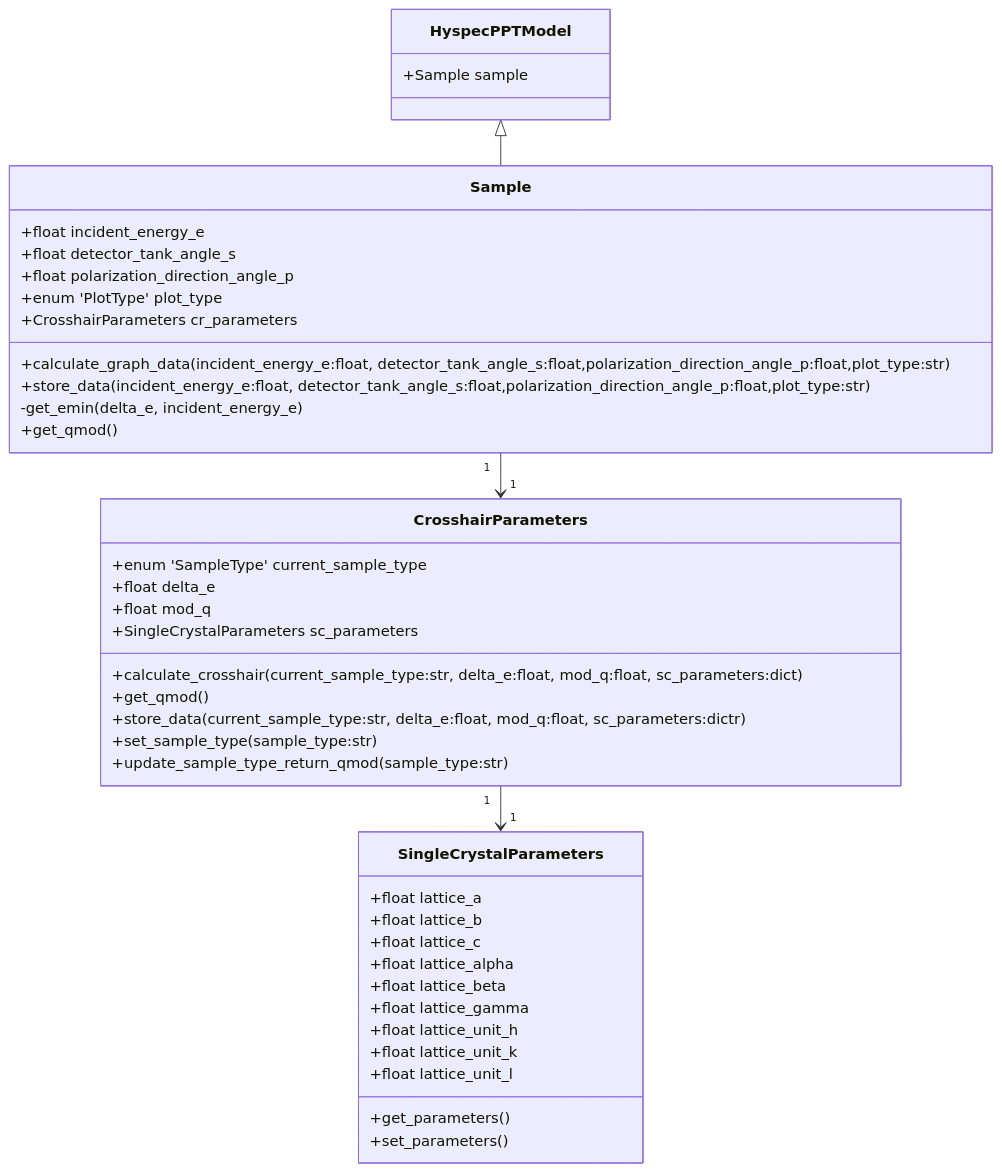
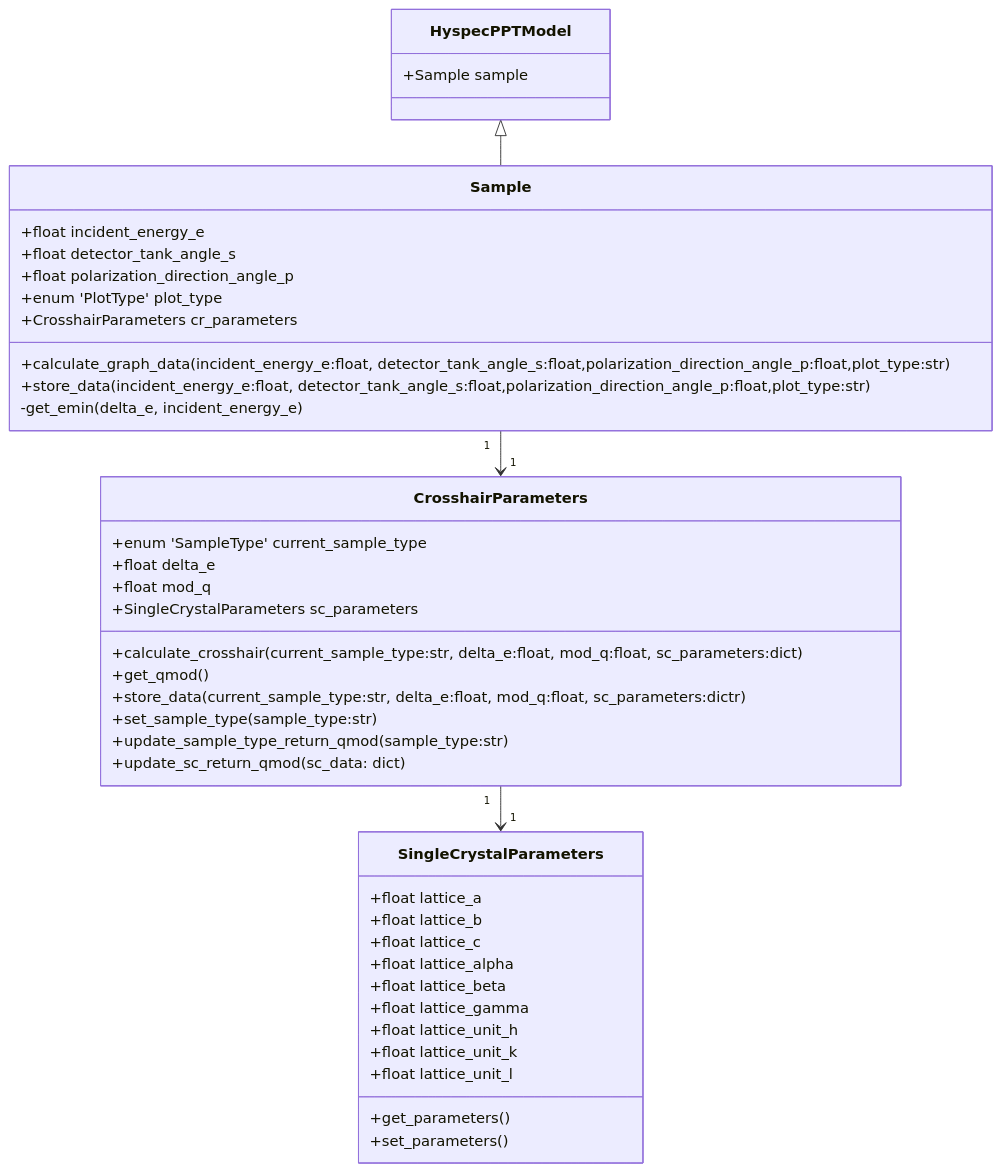
Before and after one commit to neutrons/hyspecppt: the first of 12 diagrams in docs/source/design/hyspecpptclasses.rst, drawn with Mermaid. The commit also changed other lines of this file, not shown here.

```diff
--- a/docs/source/design/hyspecpptclasses.rst
+++ b/docs/source/design/hyspecpptclasses.rst
@@ -15,50 +15,50 @@
 .. mermaid::
 
  classDiagram
     HyspecPPTModel <|-- Sample
     Sample "1" -->"1" CrosshairParameters
     CrosshairParameters "1" -->"1" SingleCrystalParameters
 
 
     class HyspecPPTModel{
         +Sample sample
     }
 
     class Sample{
         +float incident_energy_e
         +float detector_tank_angle_s
         +float polarization_direction_angle_p
         +enum 'PlotType' plot_type
         +CrosshairParameters cr_parameters
         +calculate_graph_data(incident_energy_e:float, detector_tank_angle_s:float,polarization_direction_angle_p:float,plot_type:str)
         +store_data(incident_energy_e:float, detector_tank_angle_s:float,polarization_direction_angle_p:float,plot_type:str)
         -get_emin(delta_e, incident_energy_e)
-        +get_qmod()
     }
 
 
     class CrosshairParameters{
         +enum 'SampleType' current_sample_type
         +float delta_e
         +float mod_q
         +SingleCrystalParameters sc_parameters
         +calculate_crosshair(current_sample_type:str, delta_e:float, mod_q:float, sc_parameters:dict)
         +get_qmod()
         +store_data(current_sample_type:str, delta_e:float, mod_q:float, sc_parameters:dictr)
         +set_sample_type(sample_type:str)
         +update_sample_type_return_qmod(sample_type:str)
+        +update_sc_return_qmod(sc_data: dict)
     }
 
     class SingleCrystalParameters{
         +float lattice_a
         +float lattice_b
         +float lattice_c
         +float lattice_alpha
         +float lattice_beta
         +float lattice_gamma
         +float lattice_unit_h
         +float lattice_unit_k
         +float lattice_unit_l
         +get_parameters()
         +set_parameters()
     }
```
